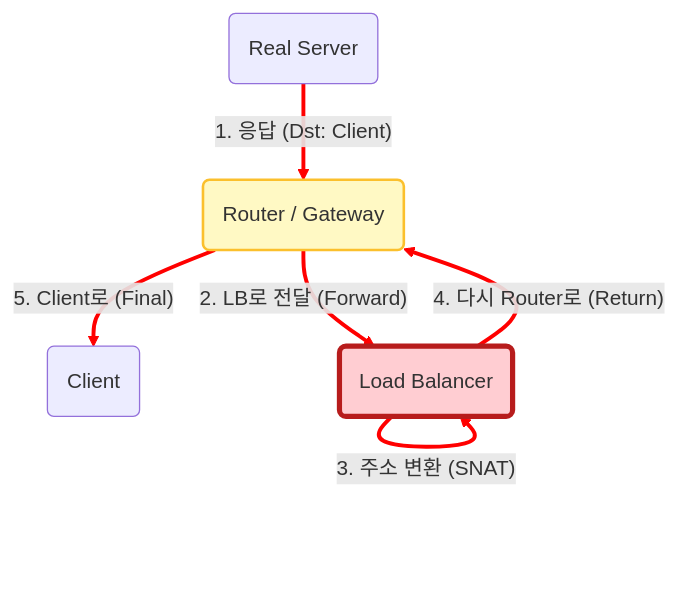
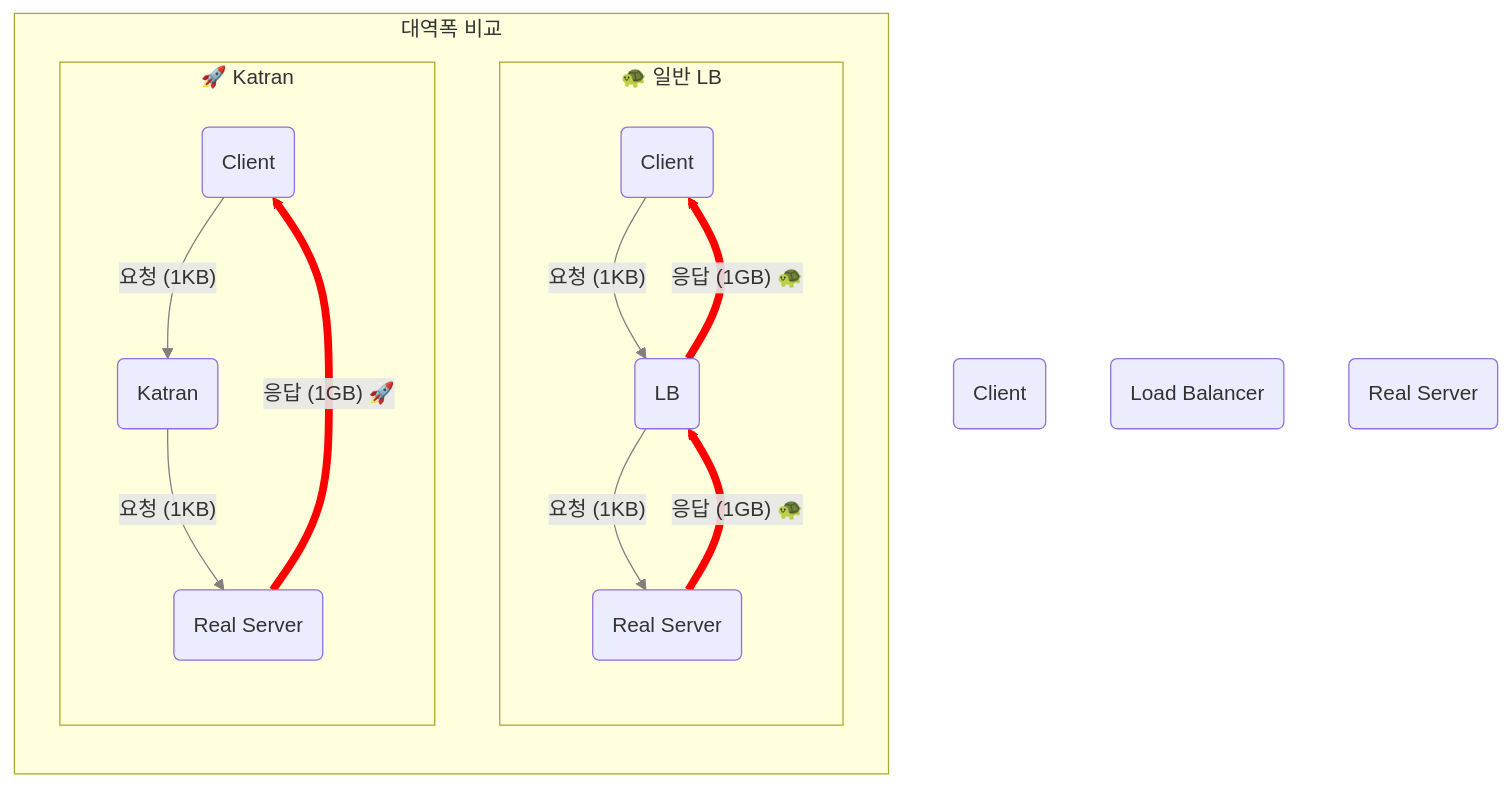
The first of 2 diagrams in mini-lb/readme.md (pgb0908/xdp-tutorial), drawn with Mermaid before and after one commit. The commit also changed other lines of this file, not shown here.

Commit message:
update mini-lb/readme.md: simplify and reorganize NAT vs DSR explanation, update comparison diagrams, and enhance mermaid styling

````diff
--- a/mini-lb/readme.md
+++ b/mini-lb/readme.md
@@ -16,23 +12,42 @@
 ```mermaid
 graph TD
     %% 노드 정의
     Client(Client)
-    Router(Router / Gateway)
     LB(Load Balancer)
     Real(Real Server)
 
-    %% 스타일
-    style LB fill:#ffcdd2,stroke:#b71c1c,stroke-width:4px
-    style Router fill:#fff9c4,stroke:#fbc02d,stroke-width:2px
+    subgraph Comparison [대역폭 비교]
+        direction TB
+        
+        %% 1. NAT 방식 (일반)
+        subgraph NAT_Mode [🐢 일반 LB ]
+            direction TB
+            C1(Client)
+            L1(LB)
+            R1(Real Server)
+            
+            C1 -- "요청 (1KB)" --> L1
+            L1 -- "요청 (1KB)" --> R1
+            
+            R1 == "응답 (1GB) 🐢" ==> L1
+            L1 == "응답 (1GB) 🐢" ==> C1
+        end
 
-    %% 흐름 (NAT)
-    Real -- "1. 응답 (Dst: Client)" --> Router
-    Router -- "2. LB로 전달 (Forward)" --> LB
-    LB -- "3. 주소 변환 (SNAT)" --> LB
-    LB -- "4. 다시 Router로 (Return)" --> Router
-    Router -- "5. Client로 (Final)" --> Client
+        %% 2. DSR 방식 (Katran)
+        subgraph DSR_Mode [🚀 Katran ]
+            direction TB
+            C2(Client)
+            K2(Katran)
+            R2(Real Server)
+            
+            C2 -- "요청 (1KB)" --> K2
+            K2 -- "요청 (1KB)" --> R2
+            
+            R2 == "응답 (1GB) 🚀" ==> C2
+        end
+    end
 
-    %% 링크 스타일
-    linkStyle 0,1,2,3,4 stroke:#FF0000,stroke-width:3px;
-
+    %% 스타일링
+    linkStyle 0,1,4,5 stroke-width:1px,stroke:gray;
+    linkStyle 2,3,6 stroke-width:6px,stroke:red;
 ```
````
